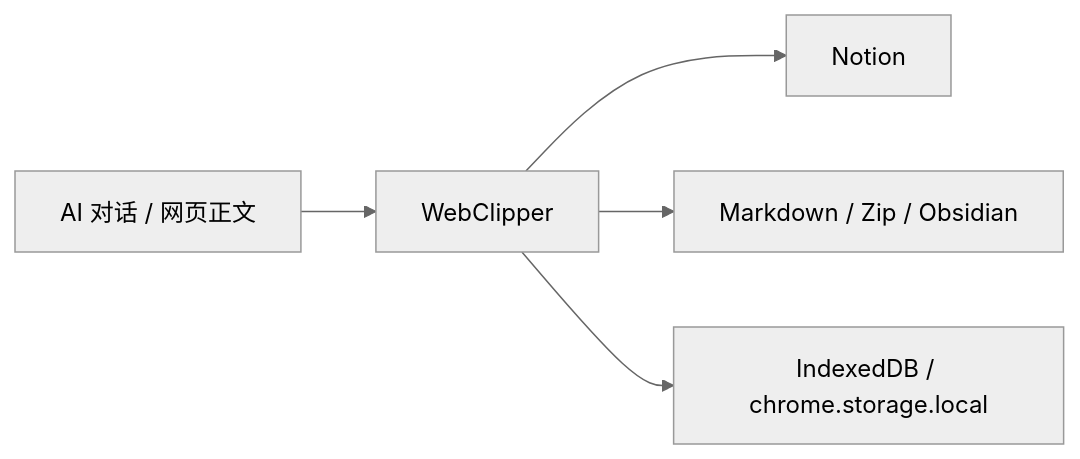
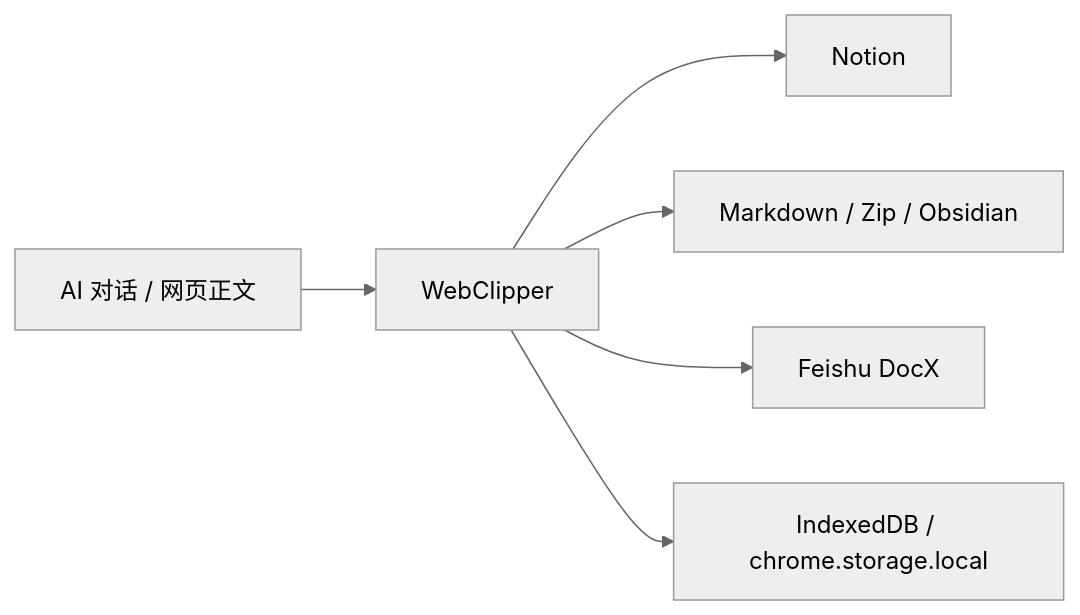
One commit to SyncNos/SyncNos-Webclipper changed the diagram in .github/deepwiki/overview.md. Above: the diagram before and after it, drawn with Mermaid (neutral theme). The commit also changed other lines of this file and 7 other files, not shown here.

````diff
--- a/.github/deepwiki/overview.md
+++ b/.github/deepwiki/overview.md
@@ -75,7 +75,8 @@
 ```mermaid
 flowchart LR
   C[AI 对话 / 网页正文] --> D[WebClipper]
   D --> E[Notion]
   D --> F[Markdown / Zip / Obsidian]
+  D --> G[Feishu DocX]
   D --> H[IndexedDB / chrome.storage.local]
 ```
````
